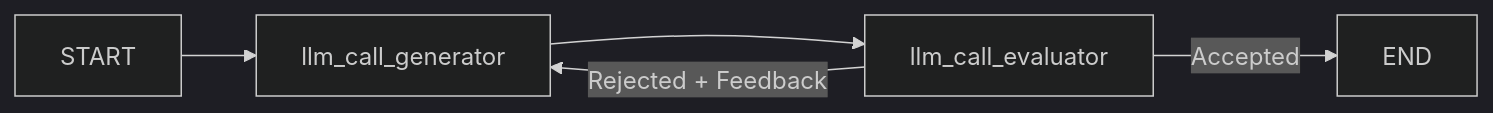
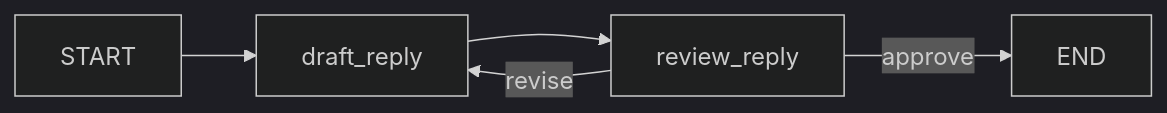
Before and after one commit to Walid-Ahmed/langgraph-tutorials: the first of 2 diagrams in 5-Workflows/05_evaluator_optimizer.md, drawn with Mermaid (dark theme). The commit also changed other lines of this file and 11 other files, not shown here.

````diff
--- a/5-Workflows/05_evaluator_optimizer.md
+++ b/5-Workflows/05_evaluator_optimizer.md
@@ -71,7 +67,7 @@
 ```mermaid
 flowchart LR
-    START --> llm_call_generator
-    llm_call_generator --> llm_call_evaluator
-    llm_call_evaluator -->|Accepted| END
-    llm_call_evaluator -->|Rejected + Feedback| llm_call_generator
+    START --> draft_reply
+    draft_reply --> review_reply
+    review_reply -->|approve| END
+    review_reply -->|revise| draft_reply
 ```
````
